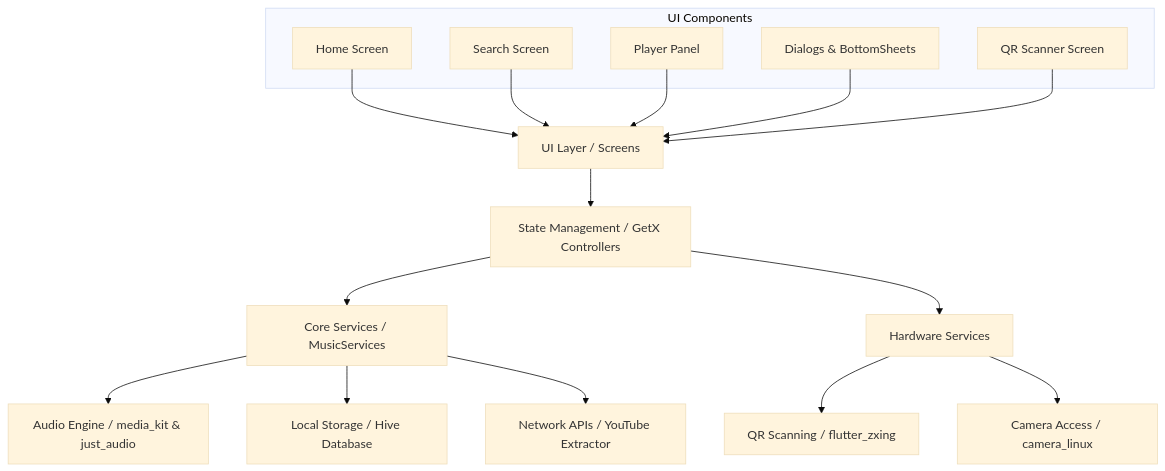
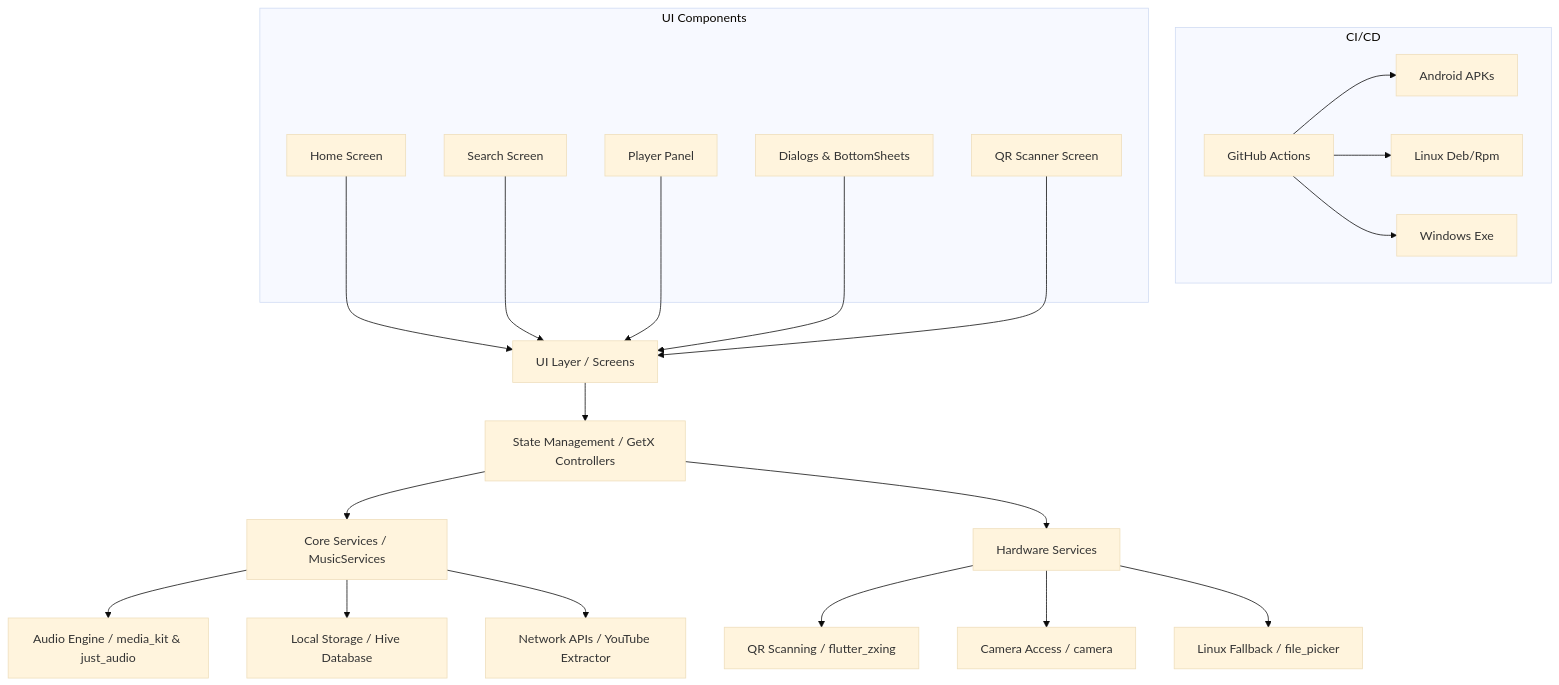
Before and after one commit to North-Abyss/Harmony-Music: the diagram in memory-agent.md, drawn with Mermaid (base theme). The commit also changed other lines of this file and 4 other files, not shown here.

````diff
--- a/memory-agent.md
+++ b/memory-agent.md
@@ -34,21 +56,28 @@
 ```mermaid
 graph TD
     A[UI Layer / Screens] --> B[State Management / GetX Controllers]
     B --> C[Core Services / MusicServices]
     B --> H[Hardware Services]
     C --> D[Audio Engine / media_kit & just_audio]
     C --> E[Local Storage / Hive Database]
     C --> F[Network APIs / YouTube Extractor]
     H --> S[QR Scanning / flutter_zxing]
-    H --> Cam[Camera Access / camera_linux]
+    H --> Cam[Camera Access / camera]
+    H --> FP[Linux Fallback / file_picker]
+    
+    subgraph CI/CD
+      GH[GitHub Actions] --> APK[Android APKs]
+      GH --> LNX[Linux Deb/Rpm]
+      GH --> WIN[Windows Exe]
+    end
     
     subgraph UI Components
       A1[Home Screen]
       A2[Search Screen]
       A3[Player Panel]
       A4[Dialogs & BottomSheets]
       A5[QR Scanner Screen]
     end
     
     A1 & A2 & A3 & A4 & A5 --> A
 ```
````
